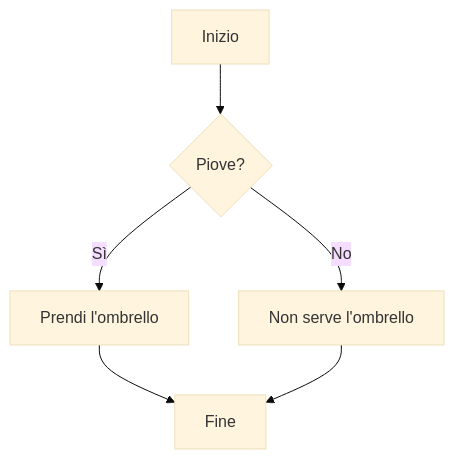
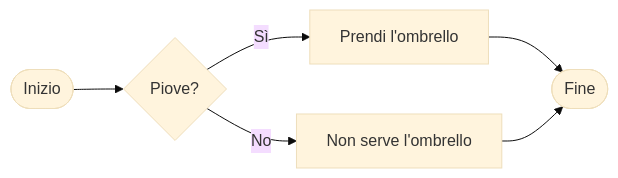
The fourth of 5 diagrams in src/content/docs/lessons/03-flow.md (riccardodivirgilio/learning-zio), drawn with Mermaid (base theme) before and after one commit. The commit also changed other lines of this file, not shown here.

````diff
--- a/src/content/docs/lessons/03-flow.md
+++ b/src/content/docs/lessons/03-flow.md
@@ -49,8 +49,8 @@
 ```mermaid
-flowchart TD
-    A[Inizio] --> B{Piove?}
+flowchart LR
+    A([Inizio]) --> B{Piove?}
     B -->|Sì| C[Prendi l'ombrello]
     B -->|No| D[Non serve l'ombrello]
-    C --> E[Fine]
+    C --> E([Fine])
     D --> E
 ```
````
